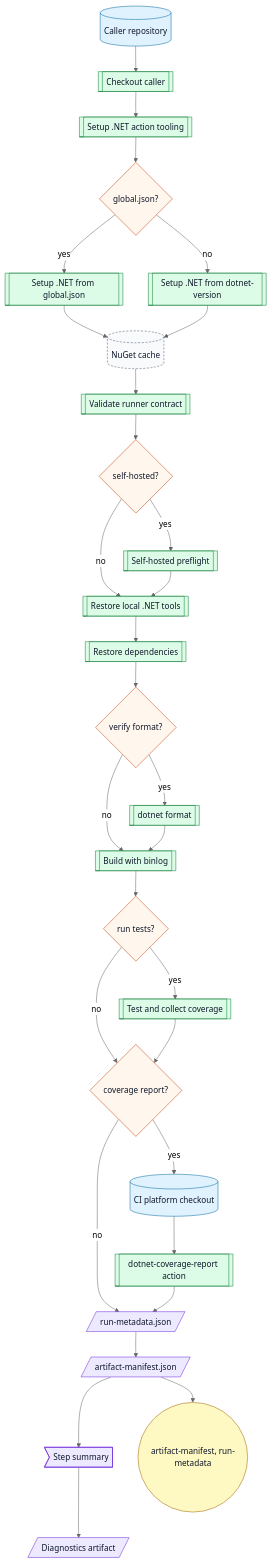
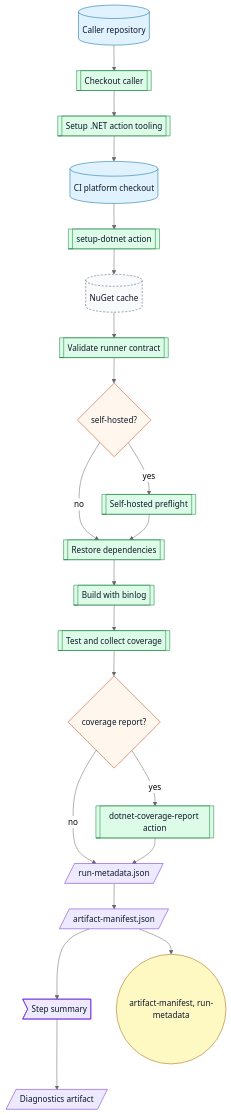
One commit to ArkanisCorporation/ci changed the third of 20 diagrams in docs/workflow-catalog.md. Above: the diagram before and after it, drawn with Mermaid (neutral theme). The commit also changed other lines of this file and 34 other files, not shown here.

````diff
--- a/docs/workflow-catalog.md
+++ b/docs/workflow-catalog.md
@@ -483,44 +705,35 @@
 ```mermaid
 flowchart TD
   caller[("Caller repository")] --> checkout[[Checkout caller]]
   checkout --> tooling[[Setup .NET action tooling]]
-  tooling --> sdk{global.json?}
-  sdk -->|yes| global[[Setup .NET from global.json]]
-  sdk -->|no| version[[Setup .NET from dotnet-version]]
-  global --> cache[("NuGet cache")]
-  version --> cache
+  tooling --> platform[("CI platform checkout")]
+  platform --> setup[[setup-dotnet action]]
+  setup --> cache[("NuGet cache")]
   cache --> validate[[Validate runner contract]]
   validate --> preflight{self-hosted?}
   preflight -->|yes| sh[[Self-hosted preflight]]
-  preflight -->|no| restoreTools[[Restore local .NET tools]]
-  sh --> restoreTools
-  restoreTools --> restore[[Restore dependencies]]
-  restore --> format{verify format?}
-  format -->|yes| fmt[[dotnet format]]
-  format -->|no| build[[Build with binlog]]
-  fmt --> build
-  build --> tests{run tests?}
-  tests -->|yes| test[[Test and collect coverage]]
-  tests -->|no| coverage{coverage report?}
-  test --> coverage
-  coverage -->|yes| platform[("CI platform checkout")]
-  platform --> report[[dotnet-coverage-report action]]
+  preflight -->|no| restore[[Restore dependencies]]
+  sh --> restore
+  restore --> build[[Build with binlog]]
+  build --> test[[Test and collect coverage]]
+  test --> coverage{coverage report?}
+  coverage -->|yes| report[[dotnet-coverage-report action]]
   coverage -->|no| metadata[/run-metadata.json/]
   report --> metadata
   metadata --> manifest[/artifact-manifest.json/]
   manifest --> summary>Step summary]
   summary --> diagnostics[/Diagnostics artifact/]
   manifest --> outputs(("artifact-manifest, run-metadata"))
   classDef repo fill:#e0f2fe,stroke:#0369a1,color:#0f172a
   classDef action fill:#dcfce7,stroke:#15803d,color:#0f172a
   classDef decision fill:#fff7ed,stroke:#c2410c,color:#0f172a
   classDef artifact fill:#ede9fe,stroke:#6d28d9,color:#0f172a
   classDef output fill:#fef9c3,stroke:#a16207,color:#0f172a
   classDef external fill:#f8fafc,stroke:#475569,stroke-dasharray: 4 3,color:#0f172a
   class caller,platform repo
-  class checkout,tooling,global,version,validate,sh,restoreTools,restore,fmt,build,test,report action
-  class sdk,preflight,format,tests,coverage decision
+  class checkout,tooling,setup,validate,sh,restore,build,test,report action
+  class preflight,coverage decision
   class metadata,manifest,summary,diagnostics artifact
   class outputs output
   class cache external
 ```
````
